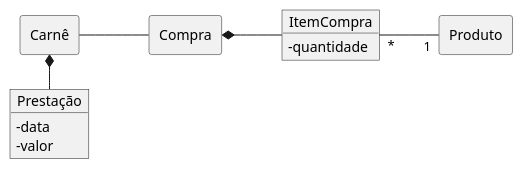
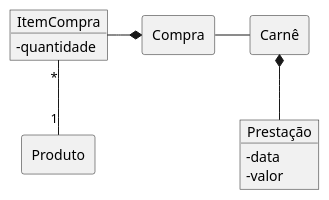
Before and after one commit to kyriosdata/oo: the diagram in Imagens/modelos-03/mod03ima06/mod03ima06.plantuml, drawn with PlantUML. The commit also changed 4 other files, not shown here.

```diff
--- a/Imagens/modelos-03/mod03ima06/mod03ima06.plantuml
+++ b/Imagens/modelos-03/mod03ima06/mod03ima06.plantuml
@@ -1,17 +1,16 @@
 @startuml mod03ima06
 allow_mixing
 skinparam ClassAttributeIconSize 0
 object "Prestação" as pr 
 pr : - data
 pr : - valor 
 rectangle "Carnê" as ca 
 rectangle "Compra" as co 
 object "ItemCompra" as it 
 it : - quantidade 
 rectangle "Produto" as po
-left to right direction
-pr -left-* ca 
-ca -- co
-co *-- it
+pr -up-* ca 
+ca -left- co
+co *-left- it
 it "*"--"1" po
 @enduml
```
